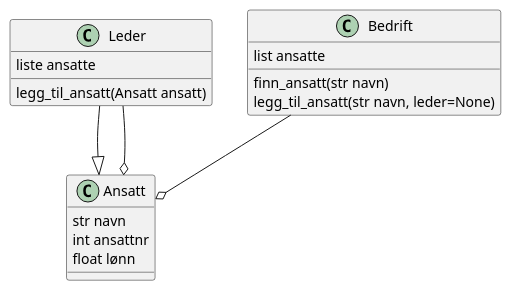
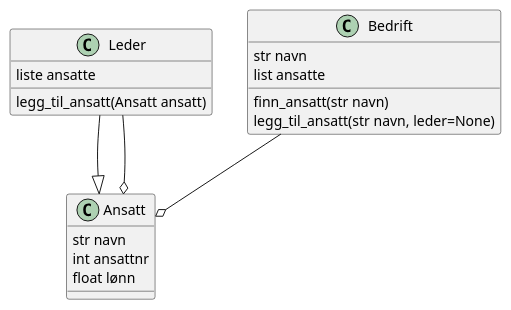
Before and after one commit to johanhake/it2-opppgave-bedrift: the diagram in doc/bedrift.plantuml, drawn with PlantUML.

Commit message:
La til navn til Bedrift i modell

```diff
--- a/doc/bedrift.plantuml
+++ b/doc/bedrift.plantuml
@@ -1,25 +1,26 @@
 @startuml nisser
 
 class Ansatt{
     str navn
     int ansattnr
     float lønn
 }
 
 class Leder{
     liste ansatte
     legg_til_ansatt(Ansatt ansatt)
 }
 
 class Bedrift{
+    str navn
     list ansatte
     finn_ansatt(str navn)
     legg_til_ansatt(str navn, leder=None)
 }
 
 
 Leder --|> Ansatt
 Leder --o Ansatt
 Bedrift --o Ansatt
 
 @enduml
```
